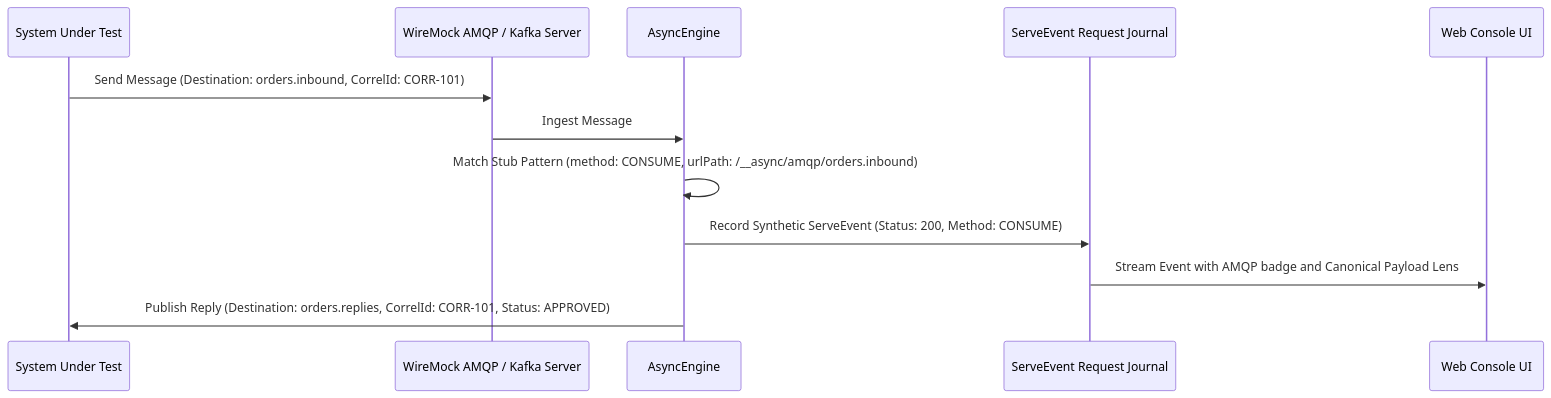
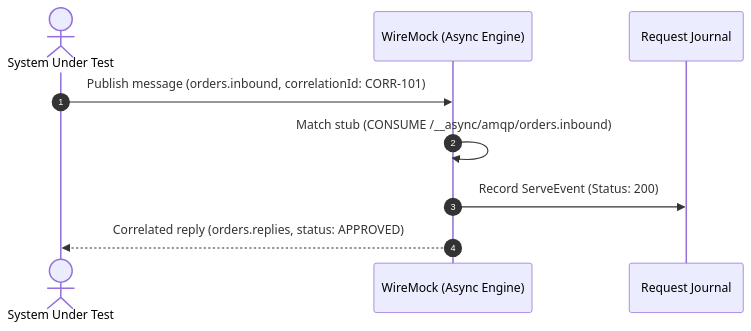
The fourth of 8 diagrams in wiremock-extension-async/README.md (mattiasgreen/wiremock-extensions), drawn with Mermaid before and after one commit. The commit also changed other lines of this file and 17 other files, not shown here.

First line of the commit message:
feat(ui,async): add protocol column and refine SUT operation semantics in journal (#103)

````diff
--- a/wiremock-extension-async/README.md
+++ b/wiremock-extension-async/README.md
@@ -125,15 +90,12 @@
 ```mermaid
 sequenceDiagram
-    participant SUT as System Under Test
-    participant Server as WireMock AMQP / Kafka Server
-    participant Engine as AsyncEngine
-    participant Journal as ServeEvent Request Journal
-    participant UI as Web Console UI
+    autonumber
+    actor SUT as System Under Test
+    participant WM as WireMock (Async Engine)
+    participant Journal as Request Journal
 
-    SUT->>Server: Send Message (Destination: orders.inbound, CorrelId: CORR-101)
-    Server->>Engine: Ingest Message
-    Engine->>Engine: Match Stub Pattern (method: CONSUME, urlPath: /__async/amqp/orders.inbound)
-    Engine->>Journal: Record Synthetic ServeEvent (Status: 200, Method: CONSUME)
-    Journal->>UI: Stream Event with AMQP badge and Canonical Payload Lens
-    Engine->>SUT: Publish Reply (Destination: orders.replies, CorrelId: CORR-101, Status: APPROVED)
+    SUT->>WM: Publish message (orders.inbound, correlationId: CORR-101)
+    WM->>WM: Match stub (CONSUME /__async/amqp/orders.inbound)
+    WM->>Journal: Record ServeEvent (Status: 200)
+    WM-->>SUT: Correlated reply (orders.replies, status: APPROVED)
 ```
````
